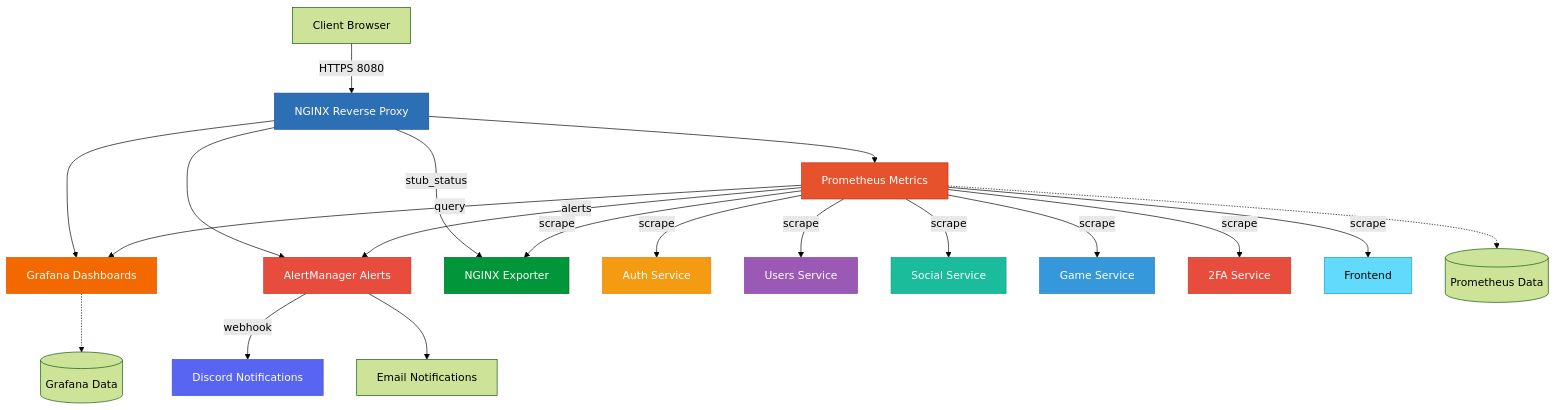
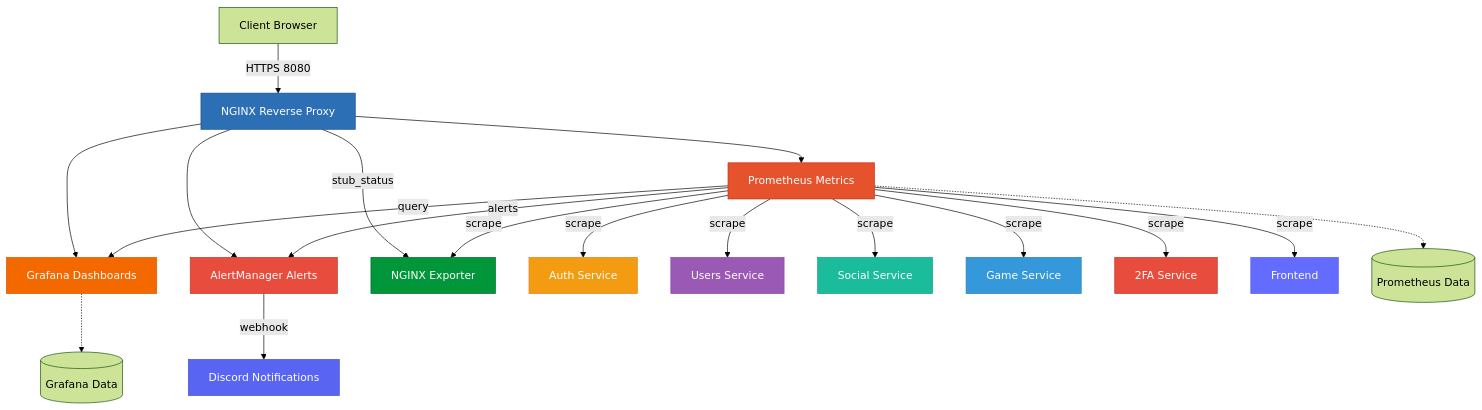
Before and after one commit to anais-f/42_ft_transcendence: the first of 2 diagrams in monitoring.md, drawn with Mermaid (forest theme). The commit also changed other lines of this file and 1 other file, not shown here.

````diff
--- a/monitoring.md
+++ b/monitoring.md
@@ -7,43 +9,42 @@
 ```mermaid
 graph TB
     Client[Client Browser]
-
+    
     Client -->|HTTPS 8080| Nginx[NGINX Reverse Proxy]
-
+    
     Nginx --> Grafana[Grafana Dashboards]
     Nginx --> Prometheus[Prometheus Metrics]
     Nginx --> AlertManager[AlertManager Alerts]
-
+    
     NginxExporter[NGINX Exporter]
     Nginx -->|stub_status| NginxExporter
-
+    
     Prometheus -->|scrape| Auth[Auth Service]
     Prometheus -->|scrape| Users[Users Service]
     Prometheus -->|scrape| Social[Social Service]
     Prometheus -->|scrape| Game[Game Service]
     Prometheus -->|scrape| TwoFA[2FA Service]
     Prometheus -->|scrape| Frontend[Frontend]
     Prometheus -->|scrape| NginxExporter
-
+    
     Prometheus -->|query| Grafana
     Prometheus -->|alerts| AlertManager
-
+    
     AlertManager -->|webhook| Discord[Discord Notifications]
-    AlertManager --> Email[Email Notifications]
-
+    
     Prometheus -.-> PromData[(Prometheus Data)]
     Grafana -.-> GrafanaData[(Grafana Data)]
-
+    
     style Nginx fill:#2d6fb5,stroke:#1a4d8f,color:#fff
     style NginxExporter fill:#009639,stroke:#006b29,color:#fff
     style Prometheus fill:#e6522c,stroke:#c7321b,color:#fff
     style Grafana fill:#f46800,stroke:#d65a00,color:#fff
     style AlertManager fill:#e74c3c,stroke:#c0392b,color:#fff
     style Discord fill:#5865F2,stroke:#4752C4,color:#fff
     style Auth fill:#f39c12,stroke:#e67e22,color:#fff
     style Users fill:#9b59b6,stroke:#8e44ad,color:#fff
     style Social fill:#1abc9c,stroke:#16a085,color:#fff
     style Game fill:#3498db,stroke:#2980b9,color:#fff
     style TwoFA fill:#e74c3c,stroke:#c0392b,color:#fff
-    style Frontend fill:#61dafb,stroke:#149eca,color:#000
+    style Frontend fill:#646cff,stroke:#535bf2,color:#fff
 ```
````
